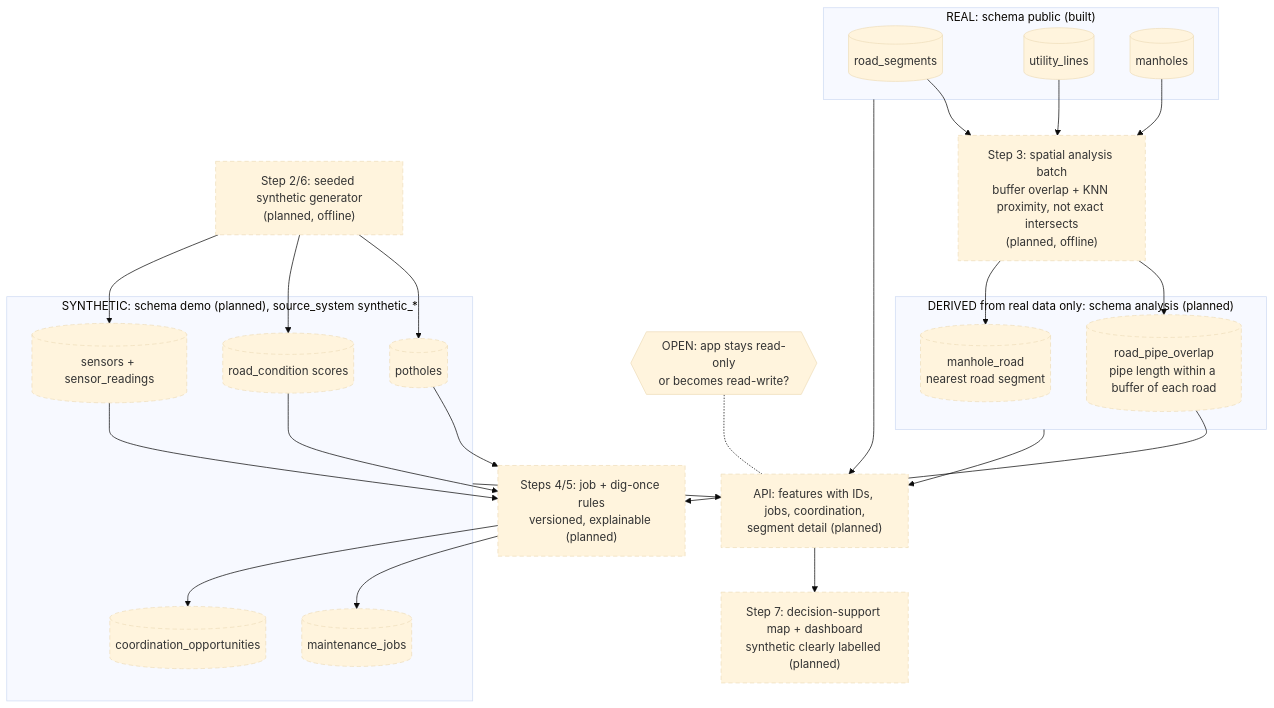
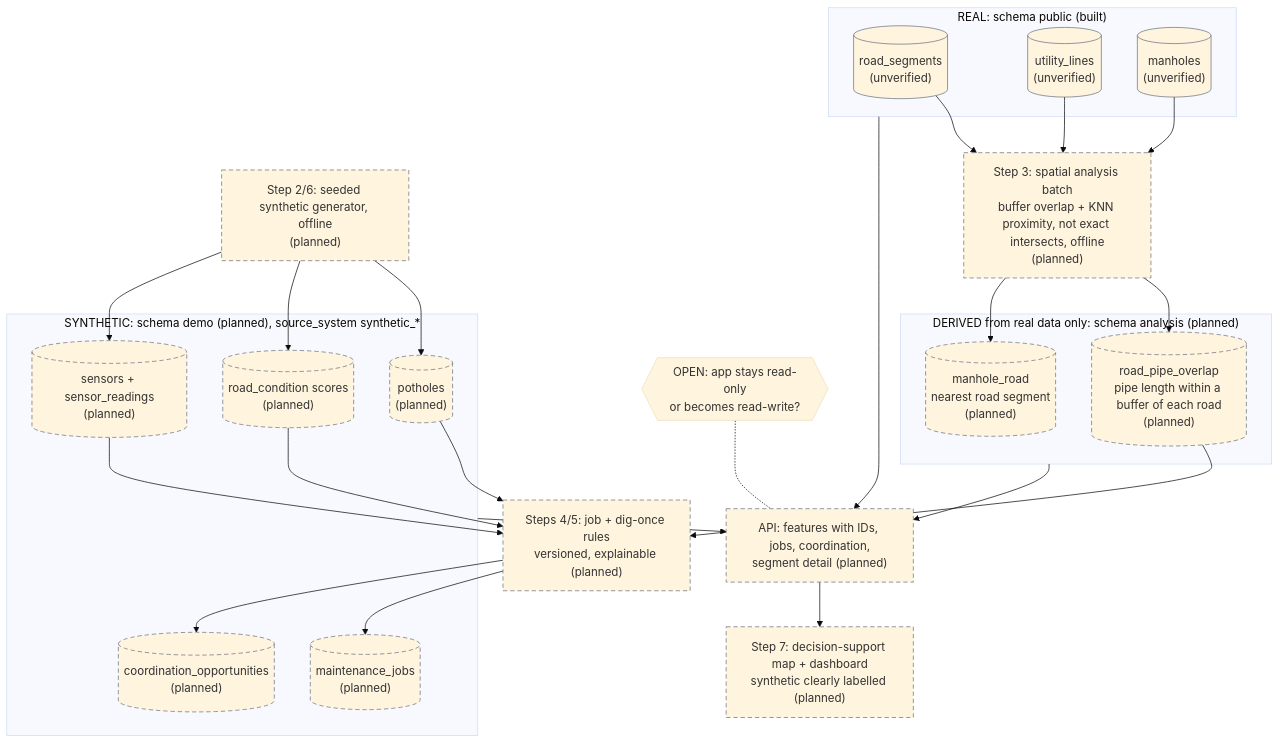
The fifth of 5 diagrams in docs/architecture/system-architecture.md (adrianfarhat/orlando-infrastructure-etl), drawn with Mermaid (base theme) before and after one commit. The commit also changed other lines of this file and 7 other files, not shown here.

First line of the commit message:
Move task status to GitHub Project, add docs conventions, and correct ETL diagram accuracy (#2)

````diff
--- a/docs/architecture/system-architecture.md
+++ b/docs/architecture/system-architecture.md
@@ -224,51 +260,56 @@
 ```mermaid
 flowchart TB
+  %% diagram-type: architecture
   subgraph REAL["REAL: schema public (built)"]
-    R1[("road_segments")]
-    R2[("utility_lines")]
-    R3[("manholes")]
+    R1[("road_segments<br/>(unverified)")]
+    R2[("utility_lines<br/>(unverified)")]
+    R3[("manholes<br/>(unverified)")]
   end
 
   subgraph DERIVED["DERIVED from real data only: schema analysis (planned)"]
-    A1[("road_pipe_overlap<br/>pipe length within a buffer of each road")]
-    A2[("manhole_road<br/>nearest road segment")]
+    A1[("road_pipe_overlap<br/>pipe length within a buffer of each road<br/>(planned)")]
+    A2[("manhole_road<br/>nearest road segment<br/>(planned)")]
   end
 
   subgraph SYN["SYNTHETIC: schema demo (planned), source_system synthetic_*"]
-    S1[("potholes")]
-    S2[("road_condition scores")]
-    S3[("sensors + sensor_readings")]
-    S4[("maintenance_jobs")]
-    S5[("coordination_opportunities")]
+    S1[("potholes<br/>(planned)")]
+    S2[("road_condition scores<br/>(planned)")]
+    S3[("sensors + sensor_readings<br/>(planned)")]
+    S4[("maintenance_jobs<br/>(planned)")]
+    S5[("coordination_opportunities<br/>(planned)")]
   end
 
-  GEN["Step 2/6: seeded synthetic generator<br/>(planned, offline)"]
-  ANA["Step 3: spatial analysis batch<br/>buffer overlap + KNN proximity, not exact intersects<br/>(planned, offline)"]
+  GEN["Step 2/6: seeded synthetic generator, offline<br/>(planned)"]
+  ANA["Step 3: spatial analysis batch<br/>buffer overlap + KNN proximity, not exact intersects, offline<br/>(planned)"]
   RULES["Steps 4/5: job + dig-once rules<br/>versioned, explainable (planned)"]
   API["API: features with IDs, jobs, coordination,<br/>segment detail (planned)"]
   UI["Step 7: decision-support map + dashboard<br/>synthetic clearly labelled (planned)"]
   OPEN{{"OPEN: app stays read-only<br/>or becomes read-write?"}}
 
   R1 --> ANA
   R2 --> ANA
   R3 --> ANA
   ANA --> A1
   ANA --> A2
   GEN --> S1
   GEN --> S2
   GEN --> S3
   A1 --> RULES
   S1 --> RULES
   S2 --> RULES
   S3 --> RULES
   RULES --> S4
   RULES --> S5
   REAL --> API
   DERIVED --> API
   SYN --> API
   API --> UI
   OPEN -.- API
 
-  classDef planned stroke-dasharray: 6 4
+  classDef verified stroke:#111827,stroke-width:3px
+  classDef unverified stroke:#6b7280,stroke-width:1px
+  classDef planned stroke:#6b7280,stroke-width:1px,stroke-dasharray:6 4
+  classDef external fill:#f3f4f6,stroke:#9ca3af,color:#374151
+  class R1,R2,R3 unverified
   class A1,A2,S1,S2,S3,S4,S5,GEN,ANA,RULES,API,UI planned
 ```
````
